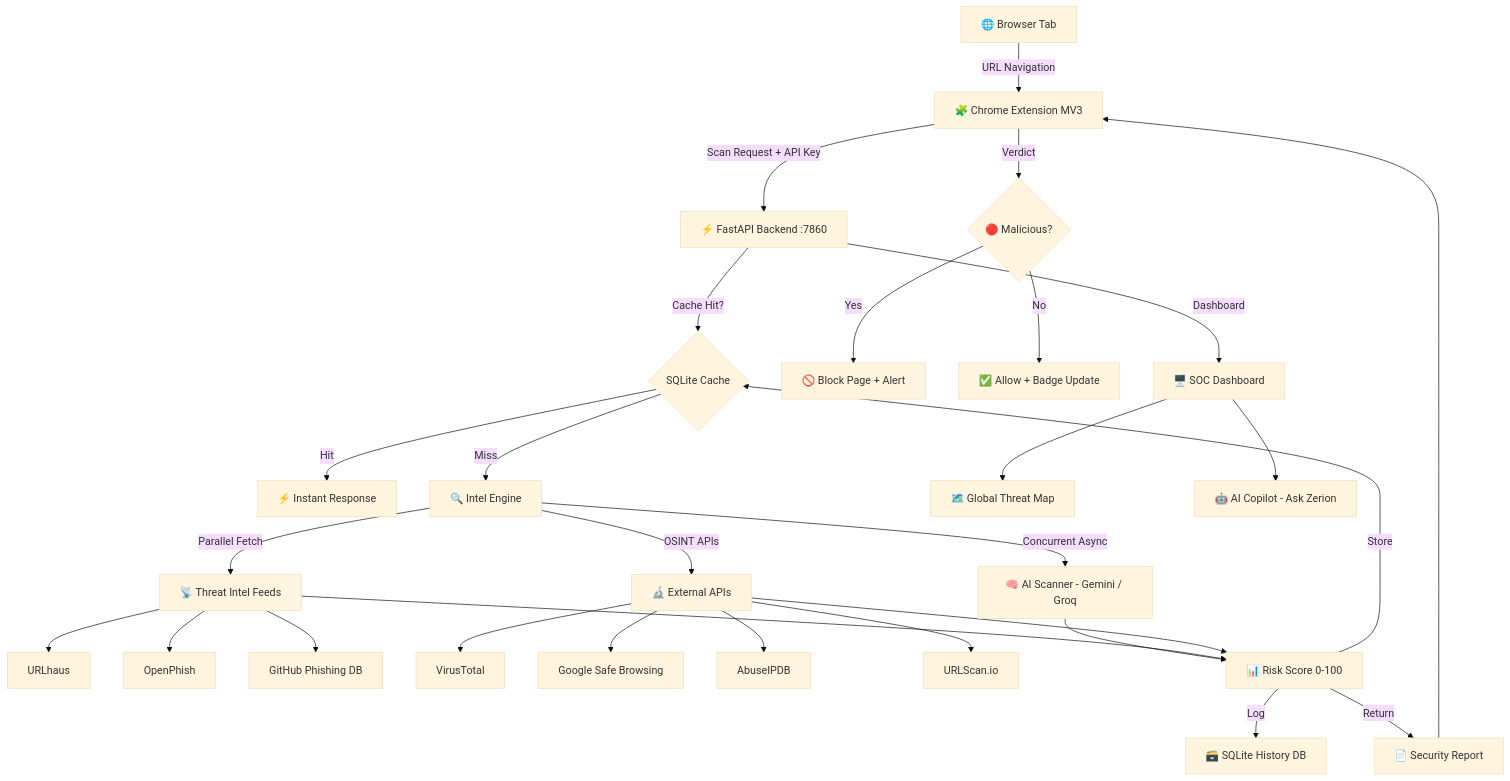
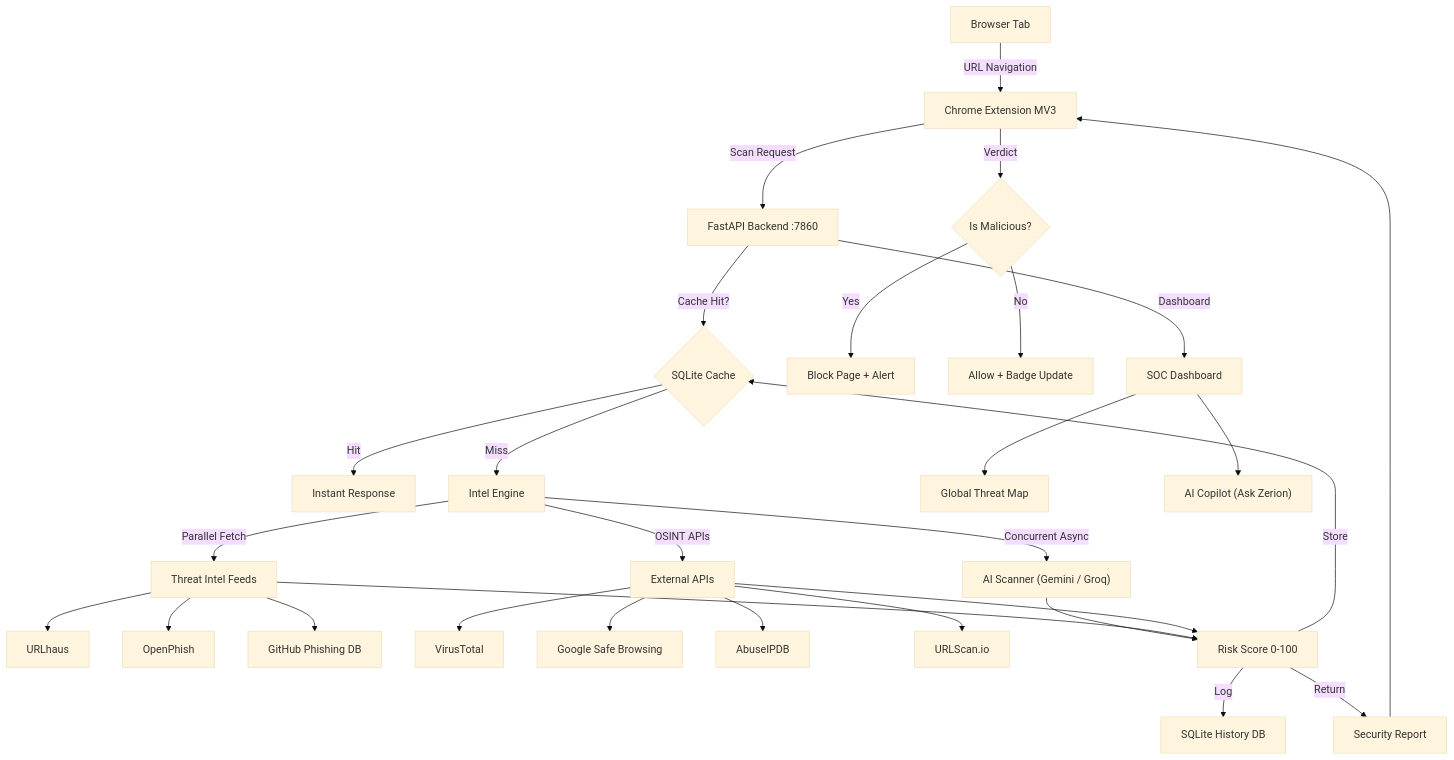
The diagram in README.md (mohitsoniai/zerion-ai-security), drawn with Mermaid (base theme) before and after one commit.

Commit message:
fix(docs): quote node labels in Mermaid diagram for GitHub rendering compliance

````diff
--- a/README.md
+++ b/README.md
@@ -160,31 +160,31 @@
 ```mermaid
 flowchart TD
-    A[🌐 Browser Tab] -->|URL Navigation| B[🧩 Chrome Extension MV3]
-    B -->|Scan Request + API Key| C[⚡ FastAPI Backend :7860]
-    C -->|Cache Hit?| D{SQLite Cache}
-    D -->|Hit| E[⚡ Instant Response]
-    D -->|Miss| F[🔍 Intel Engine]
-    F -->|Concurrent Async| G[🧠 AI Scanner - Gemini / Groq]
-    F -->|Parallel Fetch| H[📡 Threat Intel Feeds]
-    H --> H1[URLhaus]
-    H --> H2[OpenPhish]
-    H --> H3[GitHub Phishing DB]
-    F -->|OSINT APIs| I[🔬 External APIs]
-    I --> I1[VirusTotal]
-    I --> I2[Google Safe Browsing]
-    I --> I3[AbuseIPDB]
-    I --> I4[URLScan.io]
-    G --> J[📊 Risk Score 0-100]
+    A["Browser Tab"] -->|"URL Navigation"| B["Chrome Extension MV3"]
+    B -->|"Scan Request"| C["FastAPI Backend :7860"]
+    C -->|"Cache Hit?"| D{"SQLite Cache"}
+    D -->|"Hit"| E["Instant Response"]
+    D -->|"Miss"| F["Intel Engine"]
+    F -->|"Concurrent Async"| G["AI Scanner (Gemini / Groq)"]
+    F -->|"Parallel Fetch"| H["Threat Intel Feeds"]
+    H --> H1["URLhaus"]
+    H --> H2["OpenPhish"]
+    H --> H3["GitHub Phishing DB"]
+    F -->|"OSINT APIs"| I["External APIs"]
+    I --> I1["VirusTotal"]
+    I --> I2["Google Safe Browsing"]
+    I --> I3["AbuseIPDB"]
+    I --> I4["URLScan.io"]
+    G --> J["Risk Score 0-100"]
     H --> J
     I --> J
-    J -->|Store| D
-    J -->|Log| K[🗃️ SQLite History DB]
-    J -->|Return| L[📄 Security Report]
+    J -->|"Store"| D
+    J -->|"Log"| K["SQLite History DB"]
+    J -->|"Return"| L["Security Report"]
     L --> B
-    B -->|Verdict| M{🔴 Malicious?}
-    M -->|Yes| N[🚫 Block Page + Alert]
-    M -->|No| O[✅ Allow + Badge Update]
-    C -->|Dashboard| P[🖥️ SOC Dashboard]
-    P --> Q[🗺️ Global Threat Map]
-    P --> R[🤖 AI Copilot - Ask Zerion]
+    B -->|"Verdict"| M{"Is Malicious?"}
+    M -->|"Yes"| N["Block Page + Alert"]
+    M -->|"No"| O["Allow + Badge Update"]
+    C -->|"Dashboard"| P["SOC Dashboard"]
+    P --> Q["Global Threat Map"]
+    P --> R["AI Copilot (Ask Zerion)"]
 ```
````
